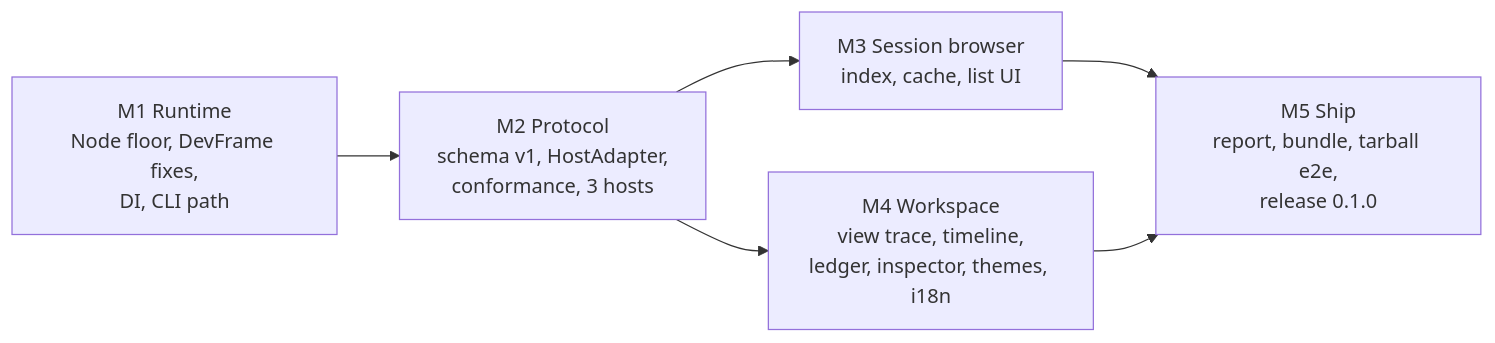
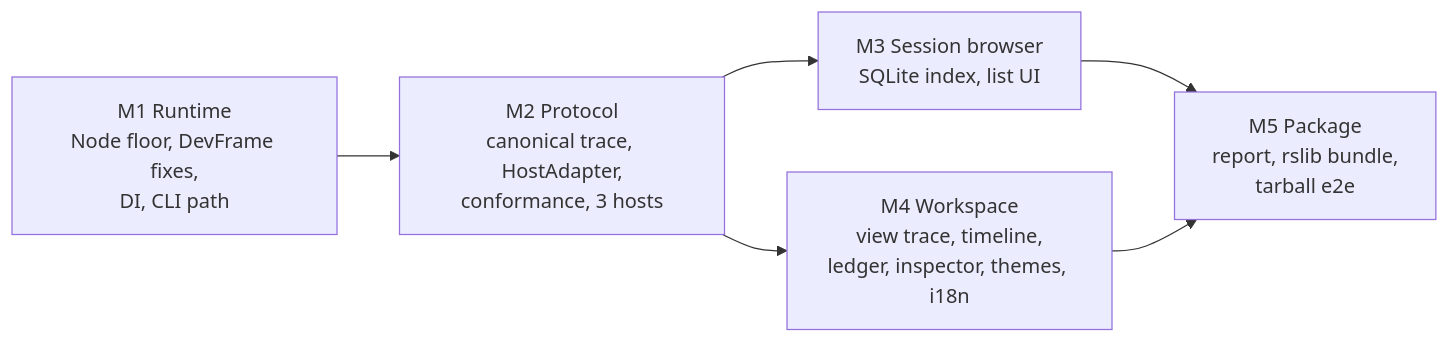
Before and after one commit to PerfectPan/estela: the fourth of 4 diagrams in docs/plans/0001-external-release.md, drawn with Mermaid. The commit also changed other lines of this file and 3 other files, not shown here.

First line of the commit message:
docs: settle rslib, SQLite index, release intent, and terminal output in Plan 0001

````diff
--- a/docs/plans/0001-external-release.md
+++ b/docs/plans/0001-external-release.md
@@ -462,8 +481,8 @@
 ```mermaid
 flowchart LR
-  m1["M1 Runtime<br/>Node floor, DevFrame fixes,<br/>DI, CLI path"] --> m2["M2 Protocol<br/>schema v1, HostAdapter,<br/>conformance, 3 hosts"]
-  m2 --> m3["M3 Session browser<br/>index, cache, list UI"]
+  m1["M1 Runtime<br/>Node floor, DevFrame fixes,<br/>DI, CLI path"] --> m2["M2 Protocol<br/>canonical trace, HostAdapter,<br/>conformance, 3 hosts"]
+  m2 --> m3["M3 Session browser<br/>SQLite index, list UI"]
   m2 --> m4["M4 Workspace<br/>view trace, timeline,<br/>ledger, inspector, themes, i18n"]
-  m3 --> m5["M5 Ship<br/>report, bundle, tarball e2e,<br/>release 0.1.0"]
+  m3 --> m5["M5 Package<br/>report, rslib bundle,<br/>tarball e2e"]
   m4 --> m5
 ```
````
